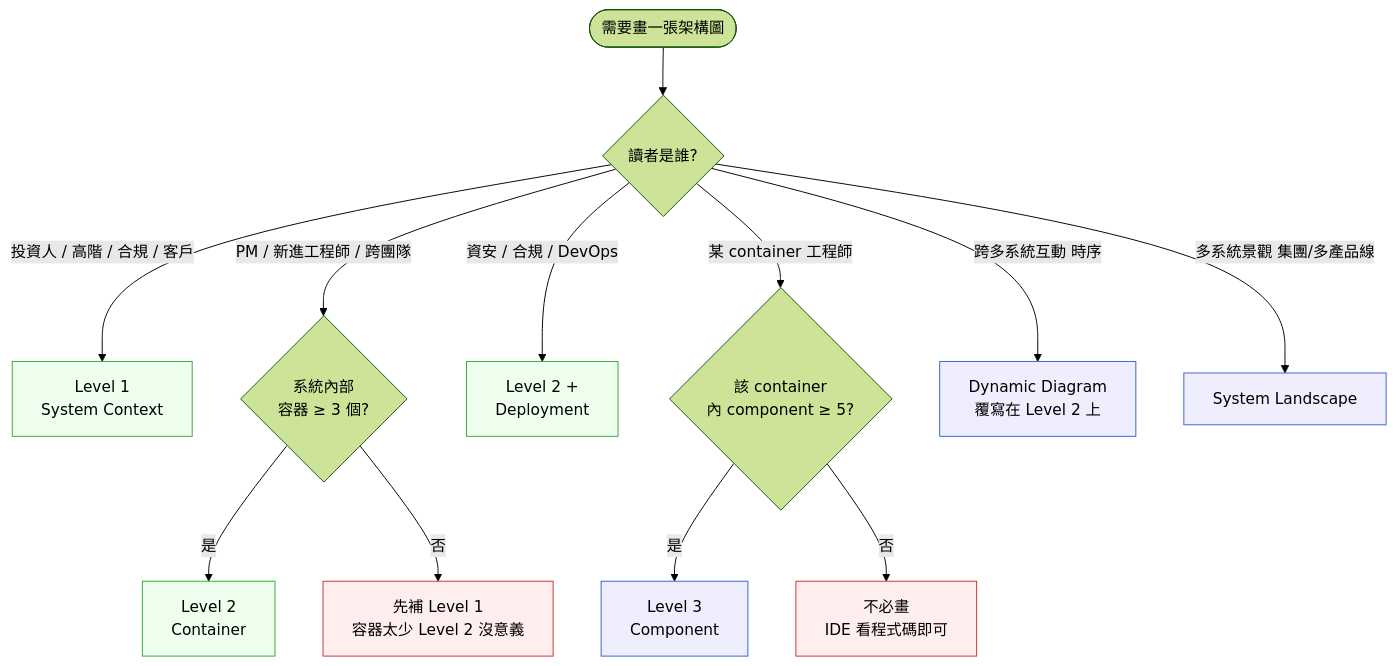
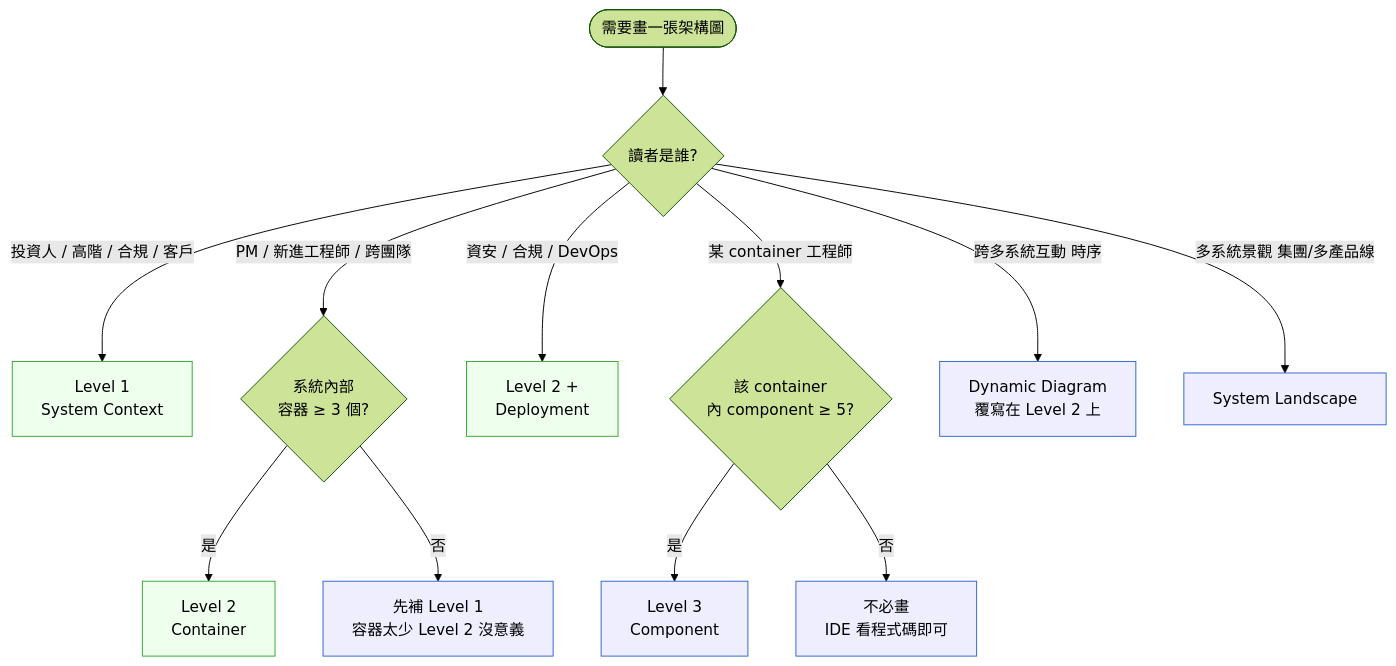
Before and after one commit to EddyKuo/sa-sd-playbook: the second of 2 diagrams in book/part-04-architecture/ch-20-c4-model-visualization.md, drawn with Mermaid (forest theme). The commit also changed other lines of this file and 26 other files, not shown here.

````diff
--- a/book/part-04-architecture/ch-20-c4-model-visualization.md
+++ b/book/part-04-architecture/ch-20-c4-model-visualization.md
@@ -165,21 +167,20 @@
 ```mermaid
 flowchart TD
     Start([需要畫一張架構圖]) --> Q1{讀者是誰?}
     Q1 -->|投資人 / 高階 / 合規 / 客戶| L1[Level 1<br/>System Context]
     Q1 -->|PM / 新進工程師 / 跨團隊| Q2{系統內部<br/>容器 ≥ 3 個?}
     Q2 -->|是| L2[Level 2<br/>Container]
     Q2 -->|否| L1note[先補 Level 1<br/>容器太少 Level 2 沒意義]
     Q1 -->|資安 / 合規 / DevOps| L2D[Level 2 + <br/>Deployment]
     Q1 -->|某 container 工程師| Q3{該 container<br/>內 component ≥ 5?}
     Q3 -->|是| L3[Level 3<br/>Component]
     Q3 -->|否| Skip[不必畫<br/>IDE 看程式碼即可]
     Q1 -->|跨多系統互動 時序| Dyn[Dynamic Diagram<br/>覆寫在 Level 2 上]
     Q1 -->|多系統景觀 集團/多產品線| LS[System Landscape]
 
     classDef goal fill:#efe,stroke:#3a3
     classDef cold fill:#eef,stroke:#36c
     classDef hot fill:#fee,stroke:#c33
     class L1,L2,L2D goal
-    class L3,Dyn,LS cold
-    class Skip,L1note hot
+    class L3,Dyn,LS,Skip,L1note cold
 ```
````
